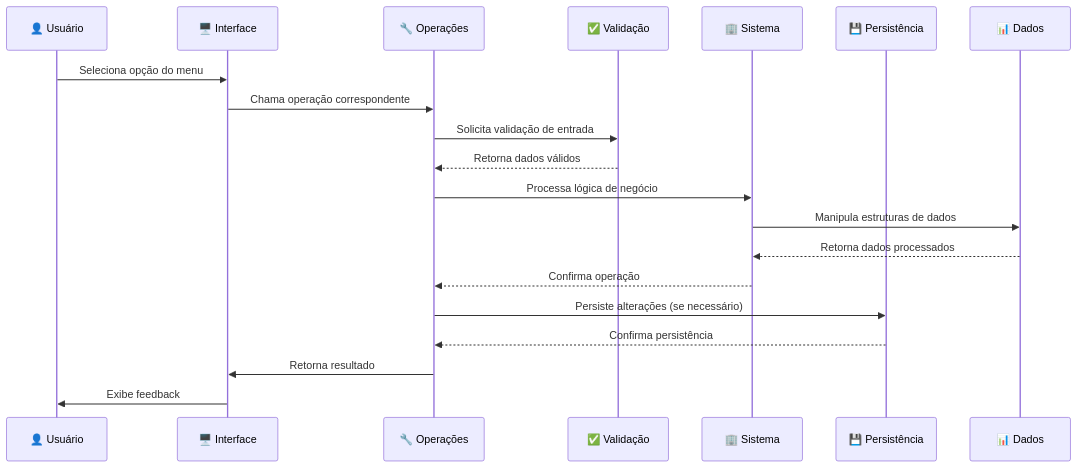
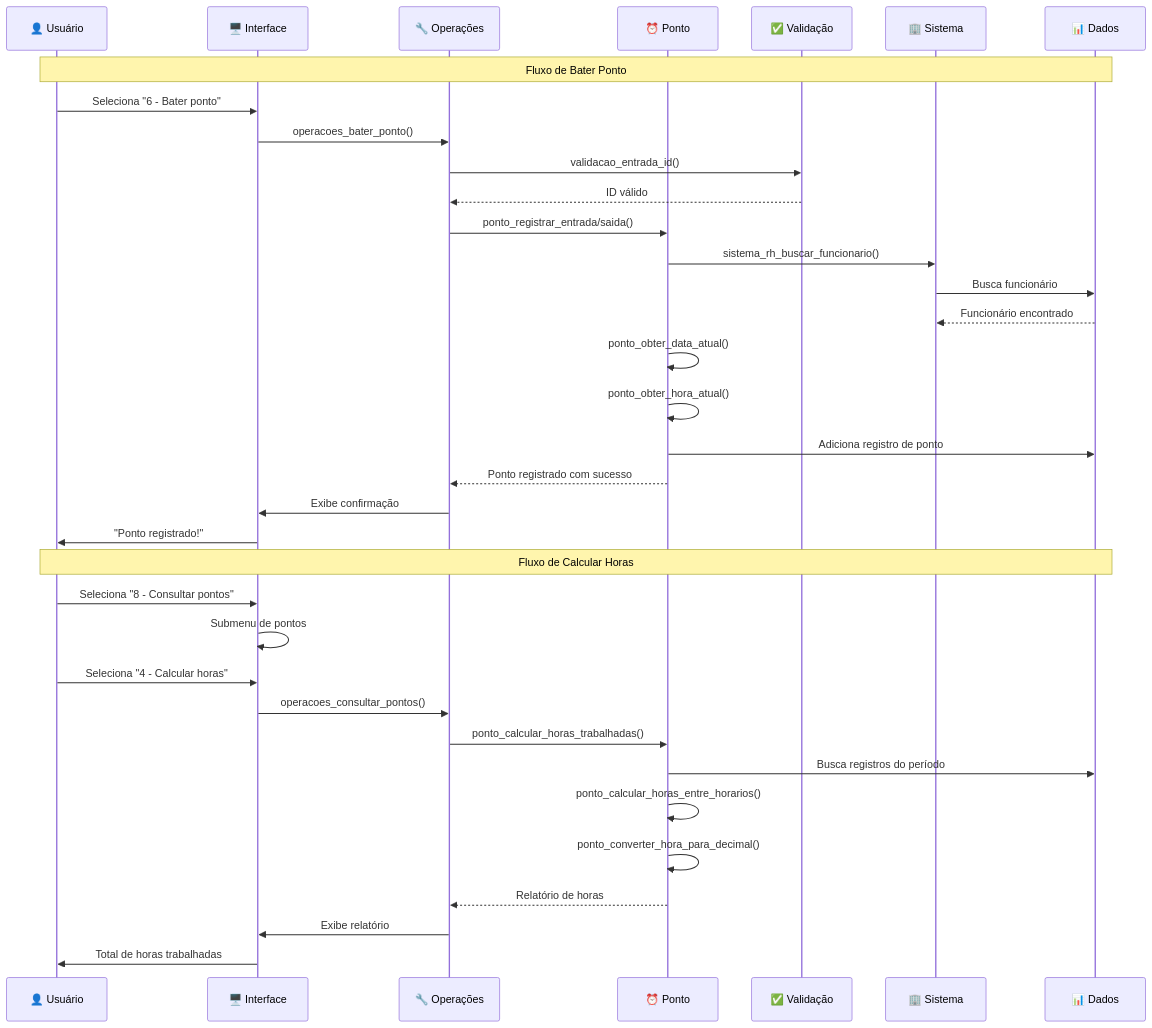
The second of 5 diagrams in ARQUITETURA.md (karollynecosta/modulo-rh-erp), drawn with Mermaid before and after one commit. The commit also changed other lines of this file and 4 other files, not shown here.

Commit message:
Parte Diego com Consulta de pontos (#3)

````diff
--- a/ARQUITETURA.md
+++ b/ARQUITETURA.md
@@ -82,23 +94,39 @@
 ```mermaid
 sequenceDiagram
     participant U as 👤 Usuário
     participant I as 🖥️ Interface
     participant O as 🔧 Operações
+    participant P as ⏰ Ponto
     participant V as ✅ Validação
     participant S as 🏢 Sistema
-    participant P as 💾 Persistência
     participant D as 📊 Dados
 
-    U->>I: Seleciona opção do menu
-    I->>O: Chama operação correspondente
-    O->>V: Solicita validação de entrada
-    V-->>O: Retorna dados válidos
-    O->>S: Processa lógica de negócio
-    S->>D: Manipula estruturas de dados
-    D-->>S: Retorna dados processados
-    S-->>O: Confirma operação
-    O->>P: Persiste alterações (se necessário)
-    P-->>O: Confirma persistência
-    O->>I: Retorna resultado
-    I->>U: Exibe feedback
+    Note over U,D: Fluxo de Bater Ponto
+    U->>I: Seleciona "6 - Bater ponto"
+    I->>O: operacoes_bater_ponto()
+    O->>V: validacao_entrada_id()
+    V-->>O: ID válido
+    O->>P: ponto_registrar_entrada/saida()
+    P->>S: sistema_rh_buscar_funcionario()
+    S->>D: Busca funcionário
+    D-->>S: Funcionário encontrado
+    P->>P: ponto_obter_data_atual()
+    P->>P: ponto_obter_hora_atual()
+    P->>D: Adiciona registro de ponto
+    P-->>O: Ponto registrado com sucesso
+    O->>I: Exibe confirmação
+    I->>U: "Ponto registrado!"
+
+    Note over U,D: Fluxo de Calcular Horas
+    U->>I: Seleciona "8 - Consultar pontos"
+    I->>I: Submenu de pontos
+    U->>I: Seleciona "4 - Calcular horas"
+    I->>O: operacoes_consultar_pontos()
+    O->>P: ponto_calcular_horas_trabalhadas()
+    P->>D: Busca registros do período
+    P->>P: ponto_calcular_horas_entre_horarios()
+    P->>P: ponto_converter_hora_para_decimal()
+    P-->>O: Relatório de horas
+    O->>I: Exibe relatório
+    I->>U: Total de horas trabalhadas
 ```
````
